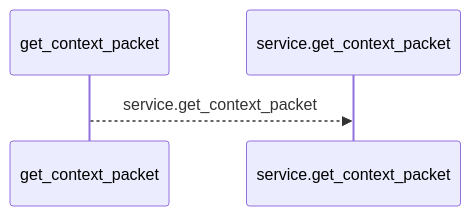
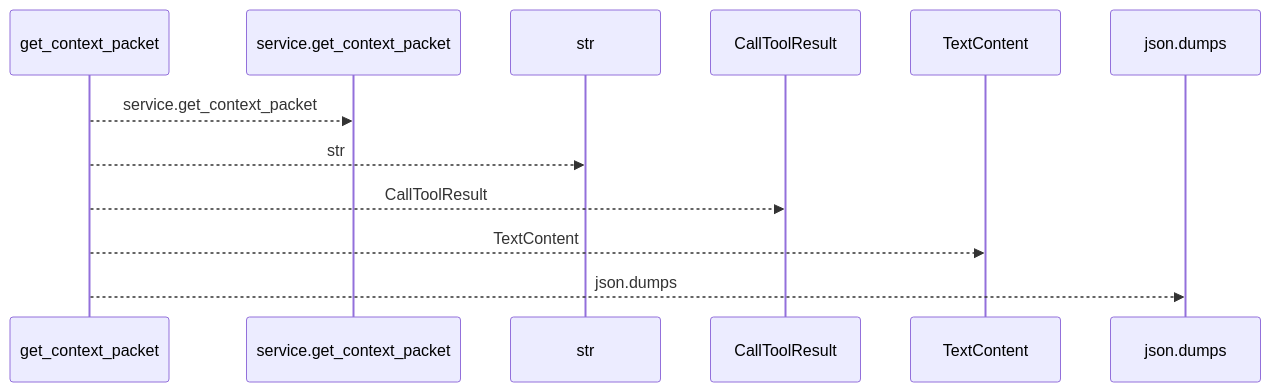
One commit to Denissvgn/python-wiki-llm changed the first of 2 diagrams in docs/llm_wiki/flows/mcp-get_context_packet.md. Above: the diagram before and after it, drawn with Mermaid. The commit also changed other lines of this file and 95 other files, not shown here.

````diff
--- a/docs/llm_wiki/flows/mcp-get_context_packet.md
+++ b/docs/llm_wiki/flows/mcp-get_context_packet.md
@@ -10,6 +10,14 @@
 ```mermaid
 sequenceDiagram
     participant p0 as get_context_packet
     participant p1 as service.get_context_packet
+    participant p2 as str
+    participant p3 as CallToolResult
+    participant p4 as TextContent
+    participant p5 as json.dumps
     p0-->>p1: service.get_context_packet
+    p0-->>p2: str
+    p0-->>p3: CallToolResult
+    p0-->>p4: TextContent
+    p0-->>p5: json.dumps
 ```
````
